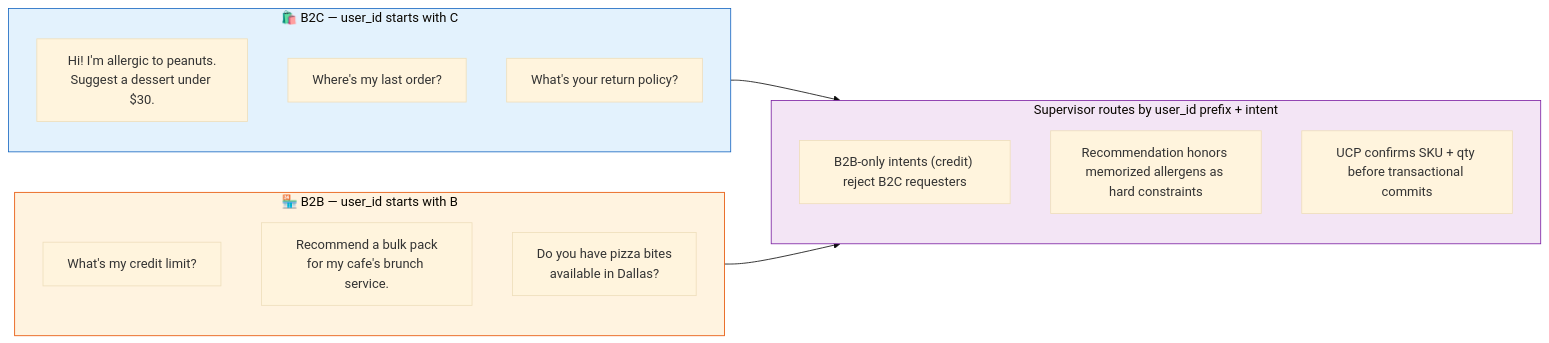
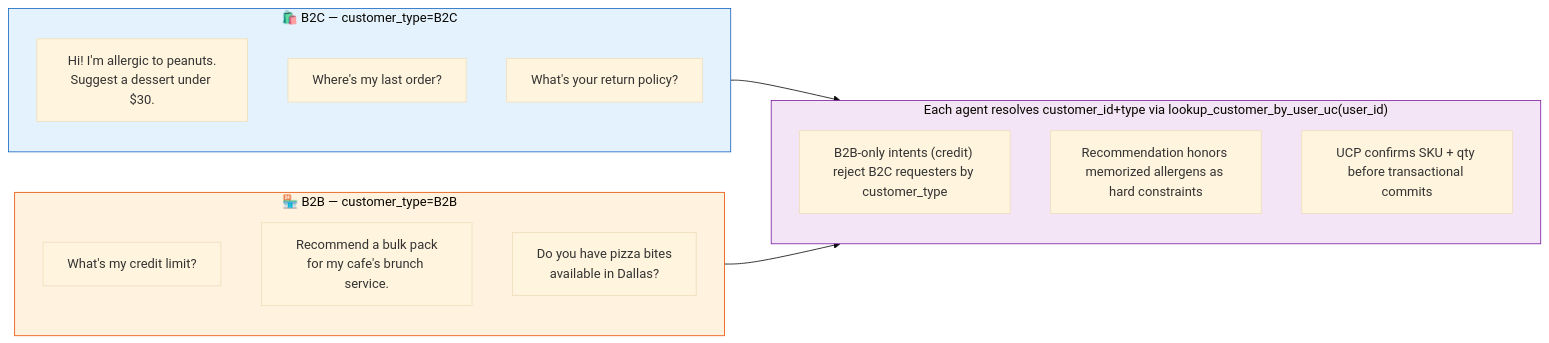
One commit to natefleming/retail-ai changed the sixth of 6 diagrams in config/examples/15_complete_applications/commerce_swarm/README.md. Above: the diagram before and after it, drawn with Mermaid. The commit also changed other lines of this file and 1 other file, not shown here.

Commit message:
fix(commerce_swarm): user_id is the Databricks identity, not customer_id
Pre-lookup-tool, the example conflated user_id with customer_id: the
``customer_validation`` middleware described user_id as "Your Commerce
Swarm customer identifier (e.g. C0042 for B2C, B0007 for B2B)" with
example_value=C0042, and the README said the supervisor routes by
user_id prefix (B → B2B, C → B2C).

With the runtime lookup, user_id is the authenticated Databricks
identity (the SSO email) — supplied implicitly by MLflow ChatContext
in Model Serving and by Apps OBO via x-forwarded-user. The
commerce_swarm-internal customer_id (and customer_type for B2C/B2B
gating) come from ``lookup_customer_by_user_uc(user_id)``.

* Renames the validation middleware anchor ``customer_validation`` →
  ``user_identity_validation`` and updates description + example to
  reflect that user_id is an email, not a customer code.
* README §6 "B2C vs B2B persona routing": clarifies that the persona
  gate is ``customer_type`` from the lookup tool, not ``user_id``
  prefix; updates the mermaid labels accordingly.

````diff
--- a/config/examples/15_complete_applications/commerce_swarm/README.md
+++ b/config/examples/15_complete_applications/commerce_swarm/README.md
@@ -352,31 +352,31 @@
 ```mermaid
 %%{init: {'theme': 'base'}}%%
 flowchart LR
-    subgraph B2C["🛍️ B2C — user_id starts with C"]
+    subgraph B2C["🛍️ B2C — customer_type=B2C"]
         direction TB
         C1["Hi! I'm allergic to peanuts.<br/>Suggest a dessert under $30."]
         C2["Where's my last order?"]
         C3["What's your return policy?"]
     end
 
-    subgraph B2B["🏪 B2B — user_id starts with B"]
+    subgraph B2B["🏪 B2B — customer_type=B2B"]
         direction TB
         B1["What's my credit limit?"]
         B2["Recommend a bulk pack<br/>for my cafe's brunch service."]
         B3["Do you have pizza bites<br/>available in Dallas?"]
     end
 
-    subgraph Routing["Supervisor routes by user_id prefix + intent"]
+    subgraph Routing["Each agent resolves customer_id+type via lookup_customer_by_user_uc(user_id)"]
         direction TB
-        R1["B2B-only intents (credit) reject B2C requesters"]
+        R1["B2B-only intents (credit) reject B2C requesters by customer_type"]
         R2["Recommendation honors memorized allergens as hard constraints"]
         R3["UCP confirms SKU + qty before transactional commits"]
     end
 
     B2C --> Routing
     B2B --> Routing
 
     style B2C fill:#e3f2fd,stroke:#1565c0
     style B2B fill:#fff3e0,stroke:#e65100
     style Routing fill:#f3e5f5,stroke:#7b1fa2
 ```
````
